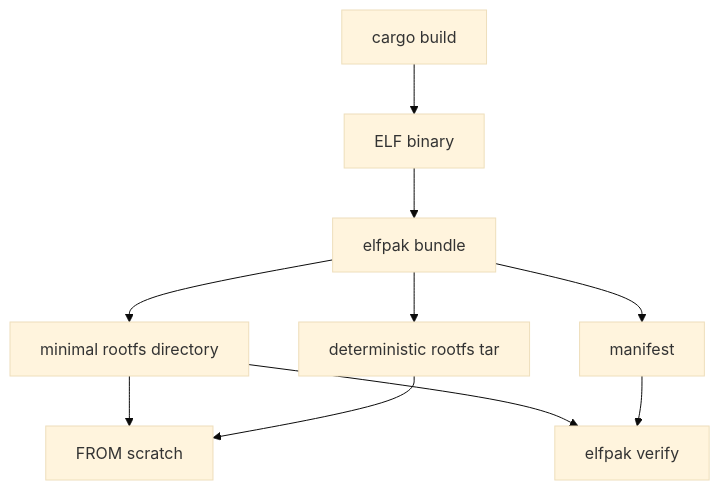
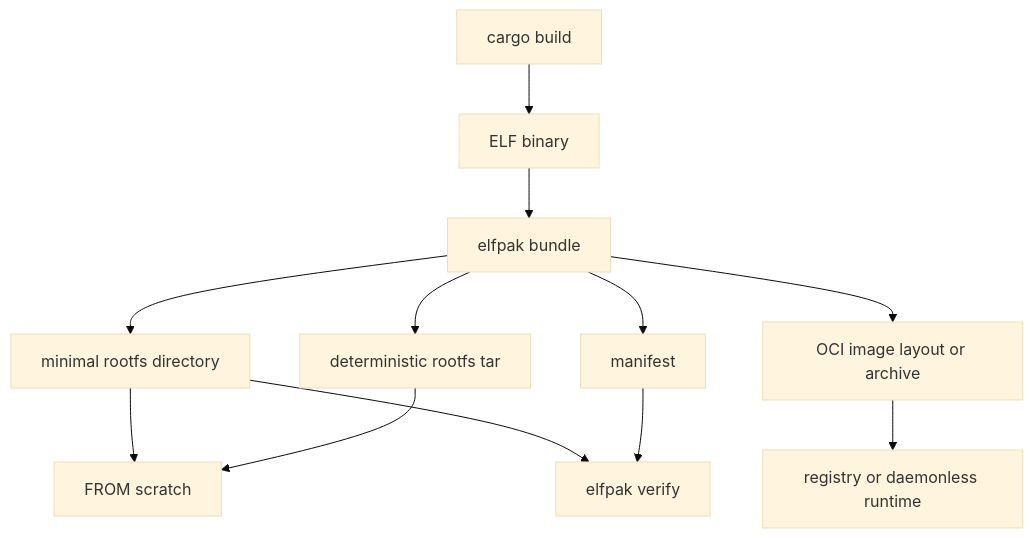
The diagram in README.md (asaaki/elfpak), drawn with Mermaid (base theme) before and after one commit. The commit also changed other lines of this file and 25 other files, not shown here.

First line of the commit message:
feat: add OCI image outputs

````diff
--- a/README.md
+++ b/README.md
@@ -12,12 +12,14 @@
 ```mermaid
 flowchart TB
     Build["cargo build"] --> Binary["ELF binary"]
     Binary --> Bundle["elfpak bundle"]
     Bundle --> Rootfs["minimal rootfs directory"]
     Bundle --> Tar["deterministic rootfs tar"]
+    Bundle --> OCI["OCI image layout or archive"]
     Bundle --> Manifest["manifest"]
     Rootfs --> Scratch["FROM scratch"]
     Tar --> Scratch
+    OCI --> Registry["registry or daemonless runtime"]
     Rootfs --> Verify["elfpak verify"]
     Manifest --> Verify
 ```
````
